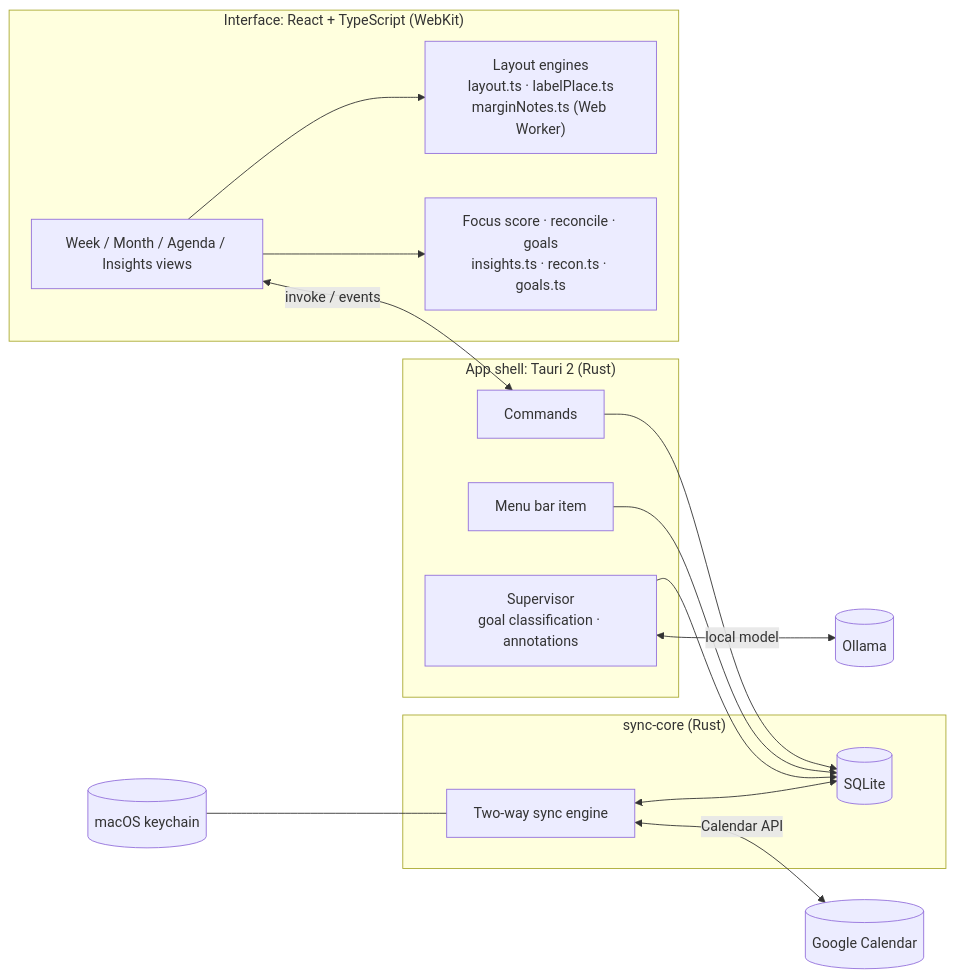
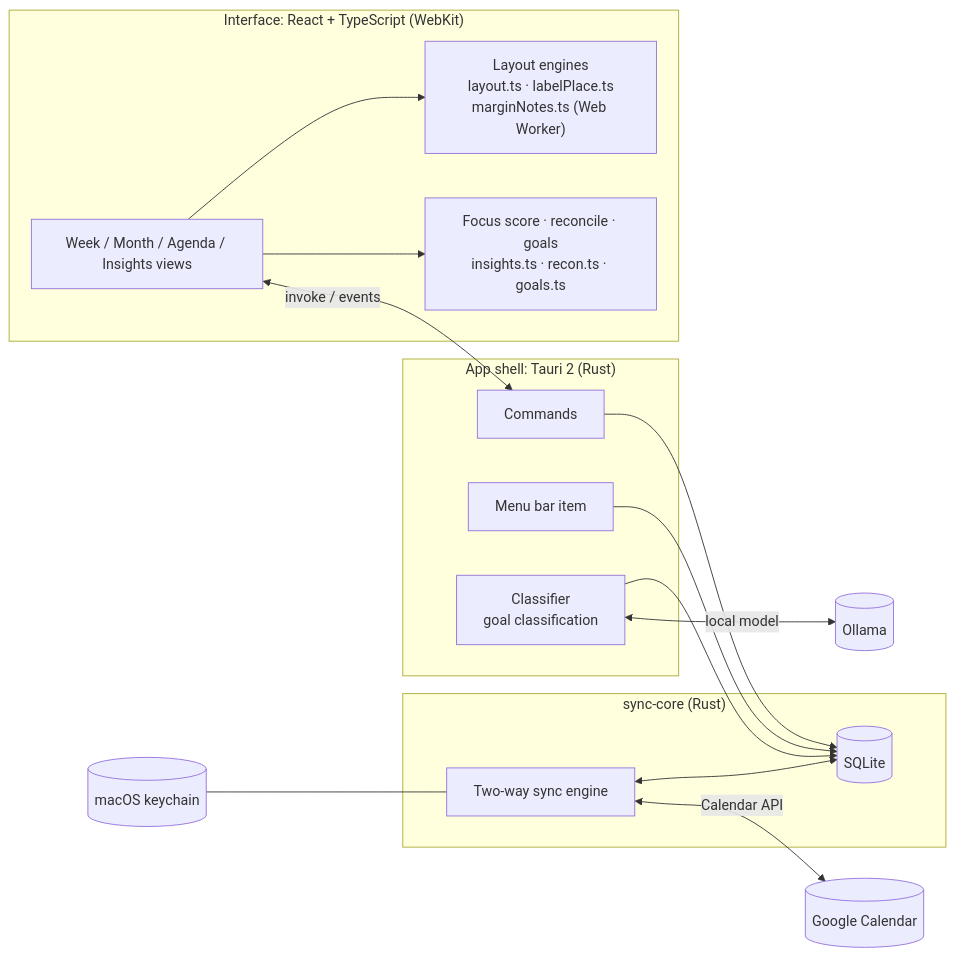
Before and after one commit to joshuayanggithub/northstar-calendar: the diagram in README.md, drawn with Mermaid. The commit also changed other lines of this file and 27 other files, not shown here.

````diff
--- a/README.md
+++ b/README.md
@@ -45,27 +45,27 @@
 ```mermaid
 flowchart LR
   subgraph UI["Interface: React + TypeScript (WebKit)"]
     V["Week / Month / Agenda / Insights views"]
     L["Layout engines<br/>layout.ts · labelPlace.ts<br/>marginNotes.ts (Web Worker)"]
     S["Focus score · reconcile · goals<br/>insights.ts · recon.ts · goals.ts"]
   end
   subgraph Shell["App shell: Tauri 2 (Rust)"]
     C["Commands"]
     T["Menu bar item"]
-    SUP["Supervisor<br/>goal classification · annotations"]
+    SUP["Classifier<br/>goal classification"]
   end
   subgraph Core["sync-core (Rust)"]
     DB[("SQLite")]
     SY["Two-way sync engine"]
   end
   V --> L
   V --> S
   V <-->|"invoke / events"| C
   C --> DB
   T --> DB
   SY <--> DB
   SY <-->|"Calendar API"| G[("Google Calendar")]
   K[("macOS keychain")] --- SY
   SUP --> DB
   SUP <-->|"local model"| O[("Ollama")]
 ```
````
